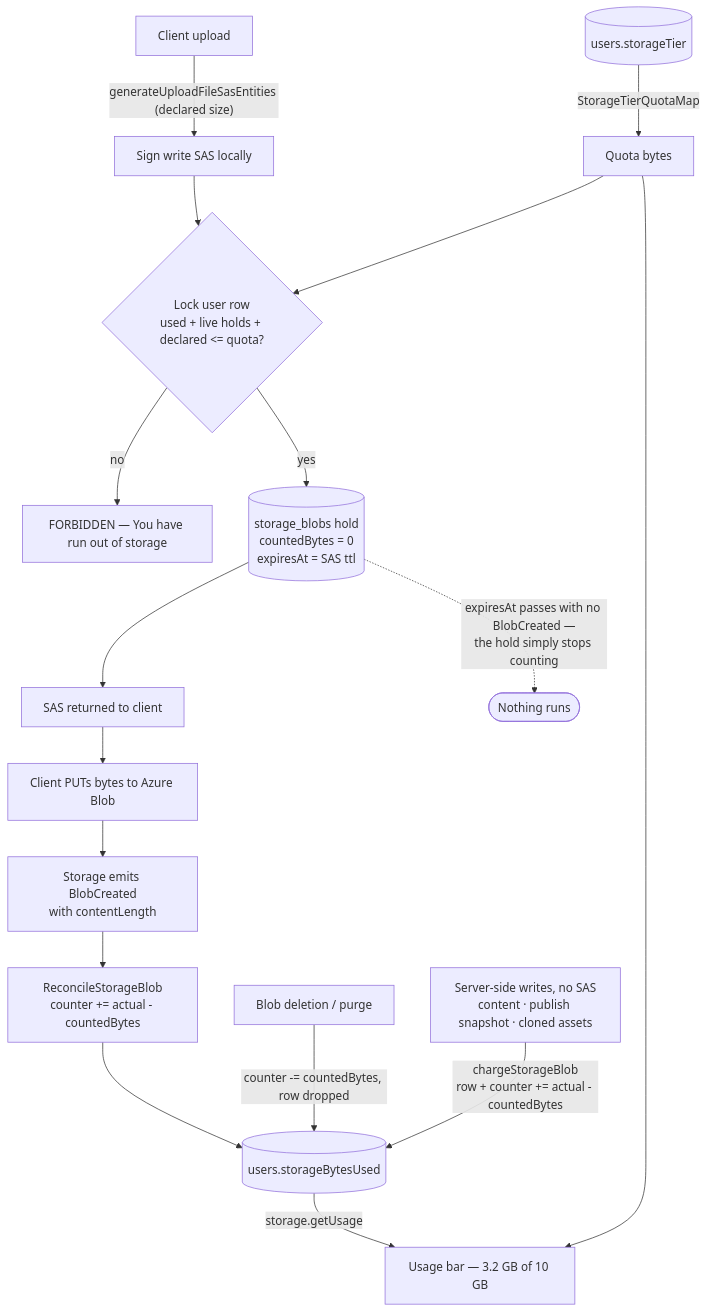
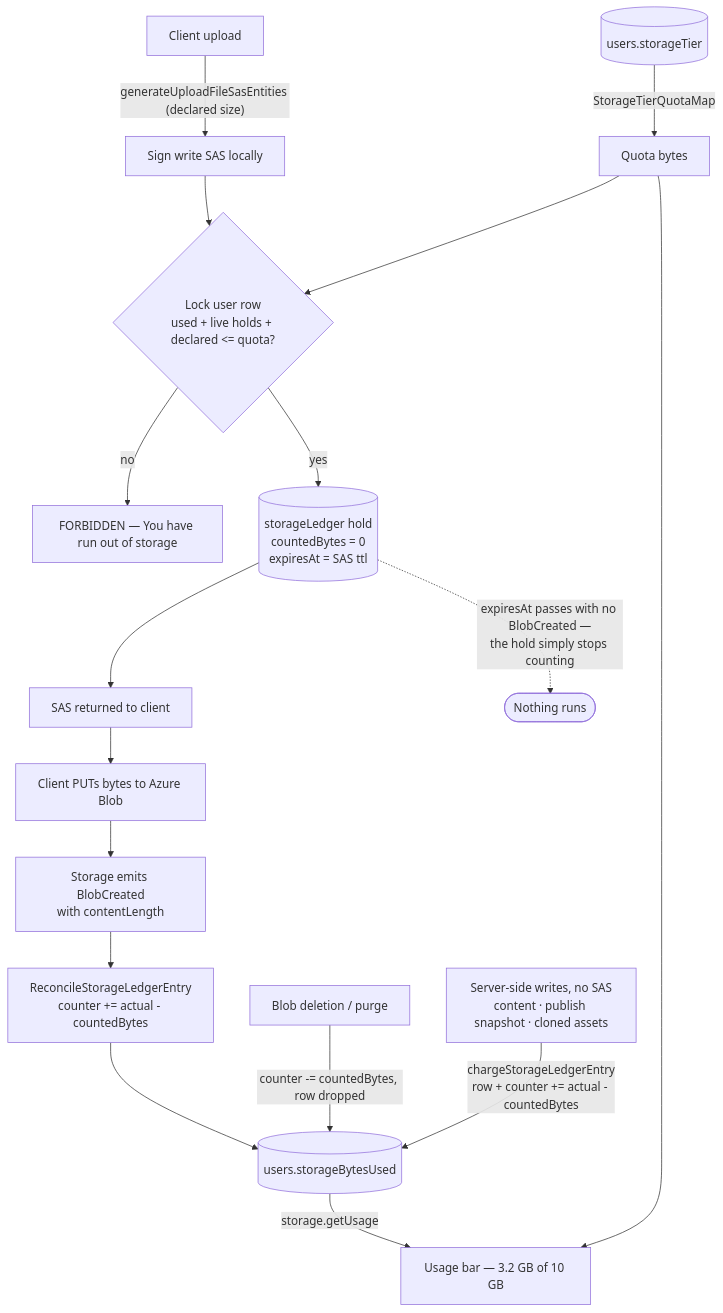
One commit to Esposter/Esposter changed the diagram in packages/app/content/docs/platform/storage-quotas.md. Above: the diagram before and after it, drawn with Mermaid. The commit also changed other lines of this file and 35 other files, not shown here.

First line of the commit message:
refactor(storage): rename the storageBlobs table to storageLedger

````diff
--- a/packages/app/content/docs/platform/storage-quotas.md
+++ b/packages/app/content/docs/platform/storage-quotas.md
@@ -23,19 +23,19 @@
 ```mermaid
 flowchart TD
   client[Client upload] -->|"generateUploadFileSasEntities (declared size)"| sign[Sign write SAS locally]
   sign --> reserve{"Lock user row<br/>used + live holds + declared &lt;= quota?"}
   reserve -->|no| reject["FORBIDDEN — You have run out of storage"]
-  reserve -->|yes| ledger[("storage_blobs hold<br/>countedBytes = 0<br/>expiresAt = SAS ttl")]
+  reserve -->|yes| ledger[("storageLedger hold<br/>countedBytes = 0<br/>expiresAt = SAS ttl")]
   ledger --> respond[SAS returned to client]
   respond --> put[Client PUTs bytes to Azure Blob]
   put --> created["Storage emits BlobCreated<br/>with contentLength"]
-  created --> reconcile["ReconcileStorageBlob<br/>counter += actual - countedBytes"]
+  created --> reconcile["ReconcileStorageLedgerEntry<br/>counter += actual - countedBytes"]
   reconcile --> counter[("users.storageBytesUsed")]
   del["Blob deletion / purge"] -->|"counter -= countedBytes, row dropped"| counter
-  save["Server-side writes, no SAS<br/>content · publish snapshot · cloned assets"] -->|"chargeStorageBlob<br/>row + counter += actual - countedBytes"| counter
+  save["Server-side writes, no SAS<br/>content · publish snapshot · cloned assets"] -->|"chargeStorageLedgerEntry<br/>row + counter += actual - countedBytes"| counter
   ledger -.->|"expiresAt passes with no BlobCreated —<br/>the hold simply stops counting"| gone(["Nothing runs"])
   counter -->|storage.getUsage| ui["Usage bar — 3.2 GB of 10 GB"]
   tier[("users.storageTier")] -->|StorageTierQuotaMap| quota[Quota bytes]
   quota --> reserve
   quota --> ui
 ```
````
